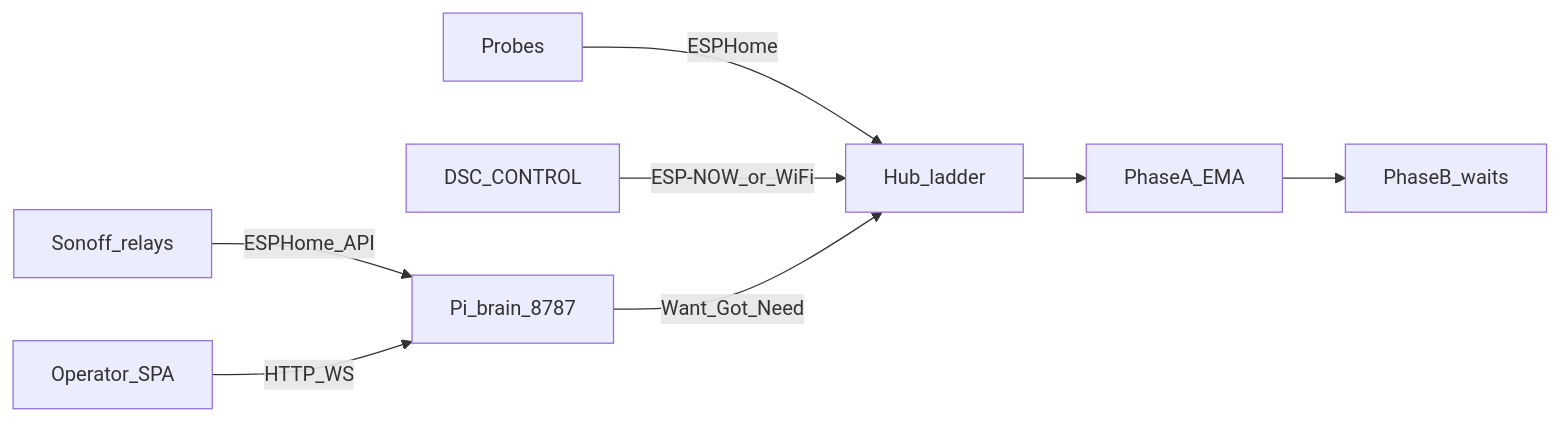
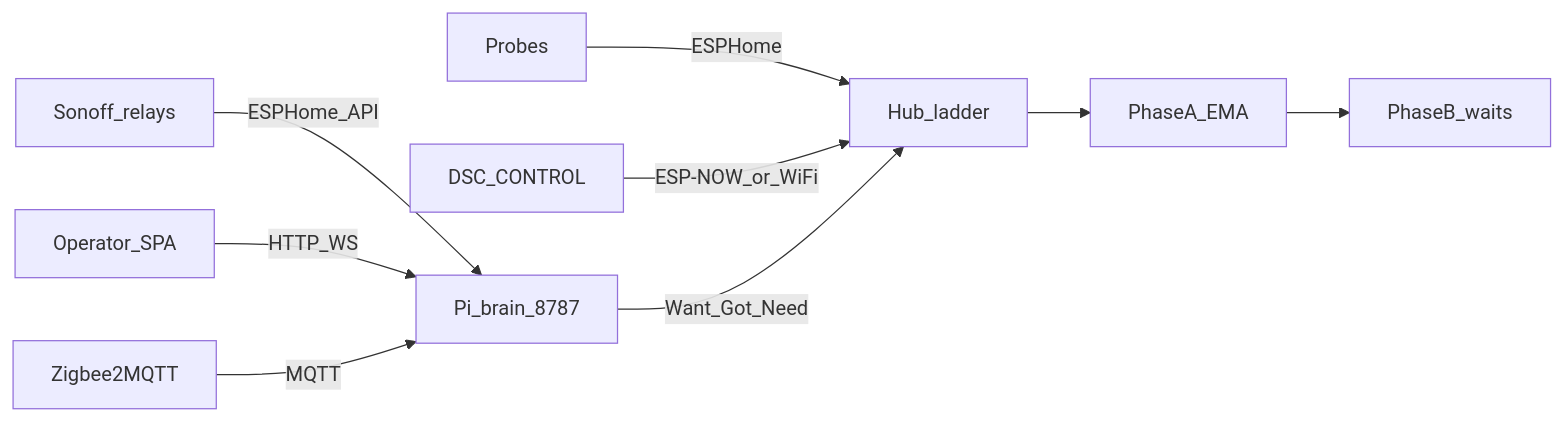
The diagram in README.md (weddas/DSC-HUB), drawn with Mermaid before and after one commit. The commit also changed other lines of this file, not shown here.

````diff
--- a/README.md
+++ b/README.md
@@ -27,9 +23,10 @@
 ```mermaid
 flowchart LR
   Probes[Probes] -->|ESPHome| Hub[Hub_ladder]
   Panel[DSC_CONTROL] -->|ESP-NOW_or_WiFi| Hub
   Sonoffs[Sonoff_relays] -->|ESPHome_API| Brain[Pi_brain_8787]
   Brain -->|Want_Got_Need| Hub
   Hub --> LearnA[PhaseA_EMA] --> LearnB[PhaseB_waits]
   SPA[Operator_SPA] -->|HTTP_WS| Brain
+  Z2M[Zigbee2MQTT] -->|MQTT| Brain
 ```
````
